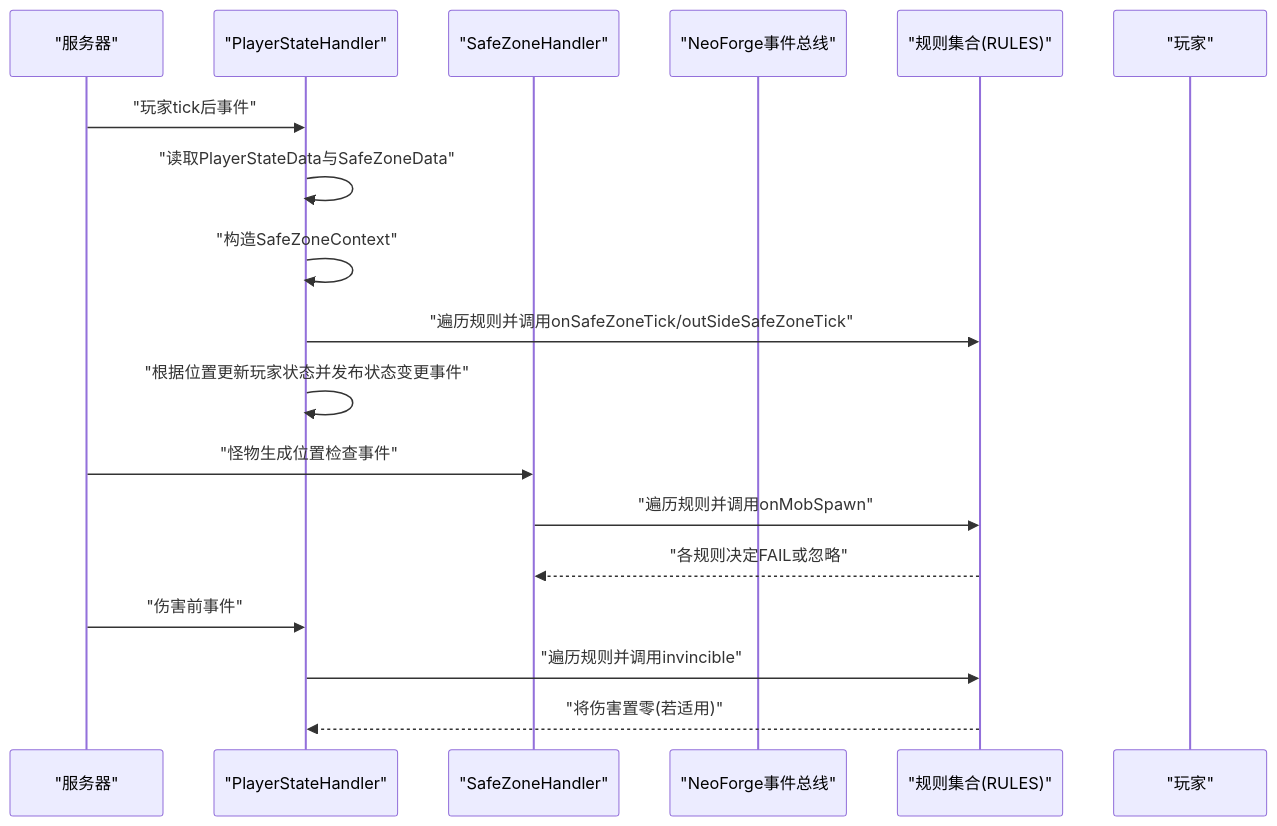
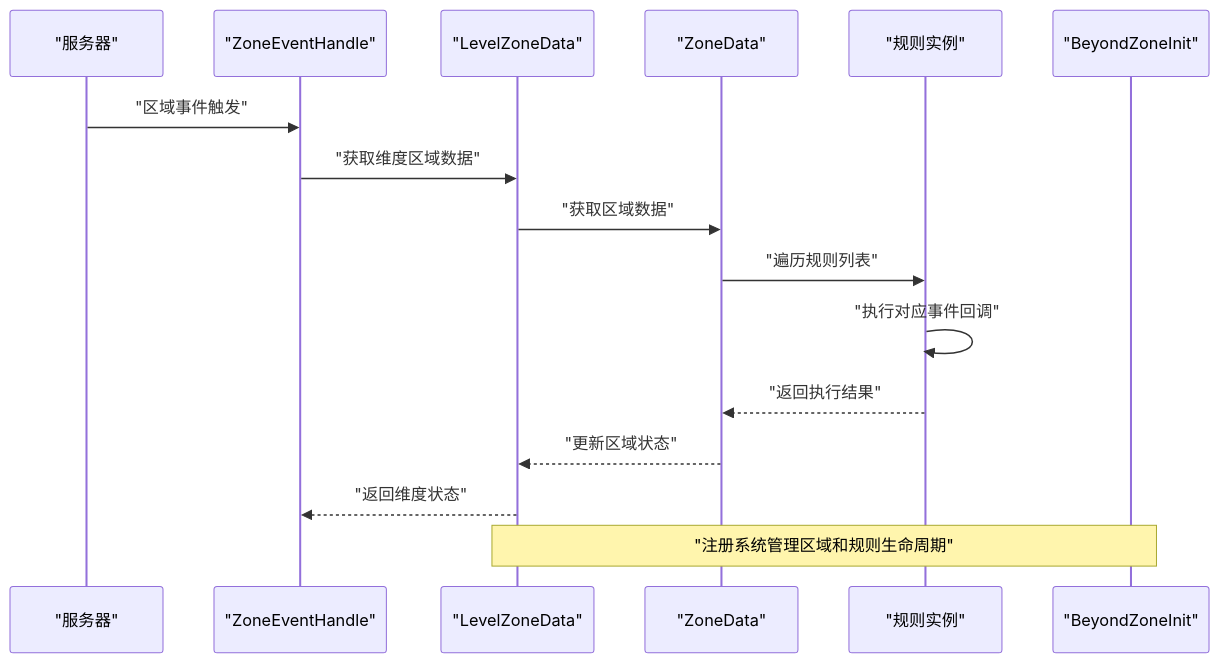
Before and after one commit to Ver-shift/SubModulesGeneHunter: the second of 4 diagrams in .qoder/repowiki/zh/content/模块架构/Beyond安全区模块/安全区规则系统.md, drawn with Mermaid. The commit also changed other lines of this file and 42 other files, not shown here.

````diff
--- a/.qoder/repowiki/zh/content/模块架构/Beyond安全区模块/安全区规则系统.md
+++ b/.qoder/repowiki/zh/content/模块架构/Beyond安全区模块/安全区规则系统.md
@@ -141,20 +153,18 @@
 ```mermaid
 sequenceDiagram
 participant Srv as "服务器"
-participant PS as "PlayerStateHandler"
-participant SZ as "SafeZoneHandler"
-participant Bus as "NeoForge事件总线"
-participant R as "规则集合(RULES)"
-participant P as "玩家"
-Srv->>PS : "玩家tick后事件"
-PS->>PS : "读取PlayerStateData与SafeZoneData"
-PS->>PS : "构造SafeZoneContext"
-PS->>R : "遍历规则并调用onSafeZoneTick/outSideSafeZoneTick"
-PS->>PS : "根据位置更新玩家状态并发布状态变更事件"
-Srv->>SZ : "怪物生成位置检查事件"
-SZ->>R : "遍历规则并调用onMobSpawn"
-R-->>SZ : "各规则决定FAIL或忽略"
-Srv->>PS : "伤害前事件"
-PS->>R : "遍历规则并调用invincible"
-R-->>PS : "将伤害置零(若适用)"
+participant ZEH as "ZoneEventHandle"
+participant LZD as "LevelZoneData"
+participant ZD as "ZoneData"
+participant IR as "规则实例"
+participant ZI as "BeyondZoneInit"
+Srv->>ZEH : "区域事件触发"
+ZEH->>LZD : "获取维度区域数据"
+LZD->>ZD : "获取区域数据"
+ZD->>IR : "遍历规则列表"
+IR->>IR : "执行对应事件回调"
+IR-->>ZD : "返回执行结果"
+ZD-->>LZD : "更新区域状态"
+LZD-->>ZEH : "返回维度状态"
+Note over ZI,LZD : "注册系统管理区域和规则生命周期"
 ```
````
